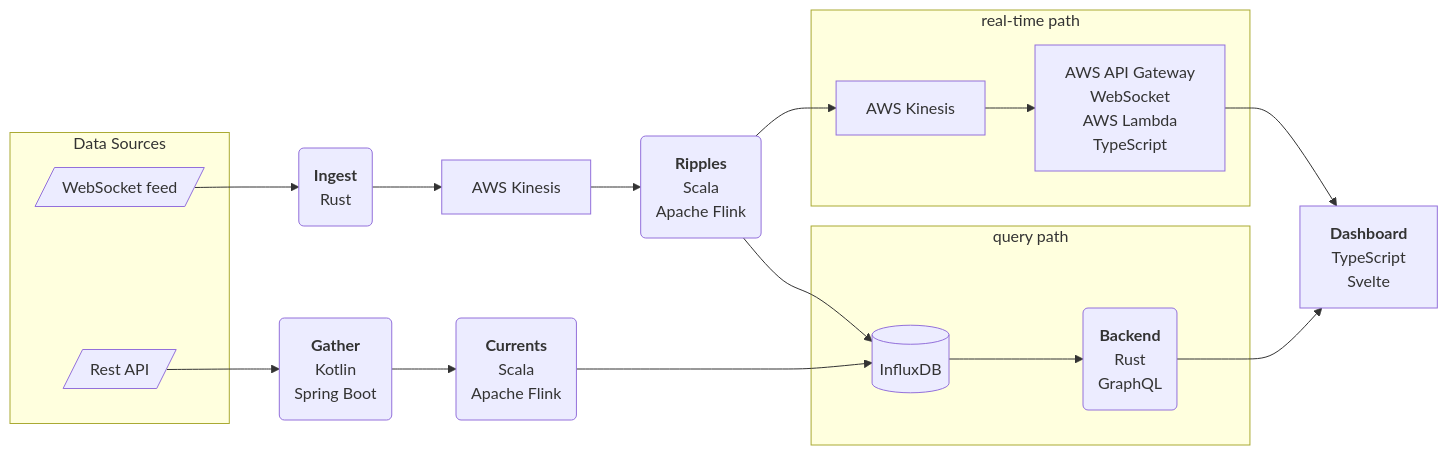
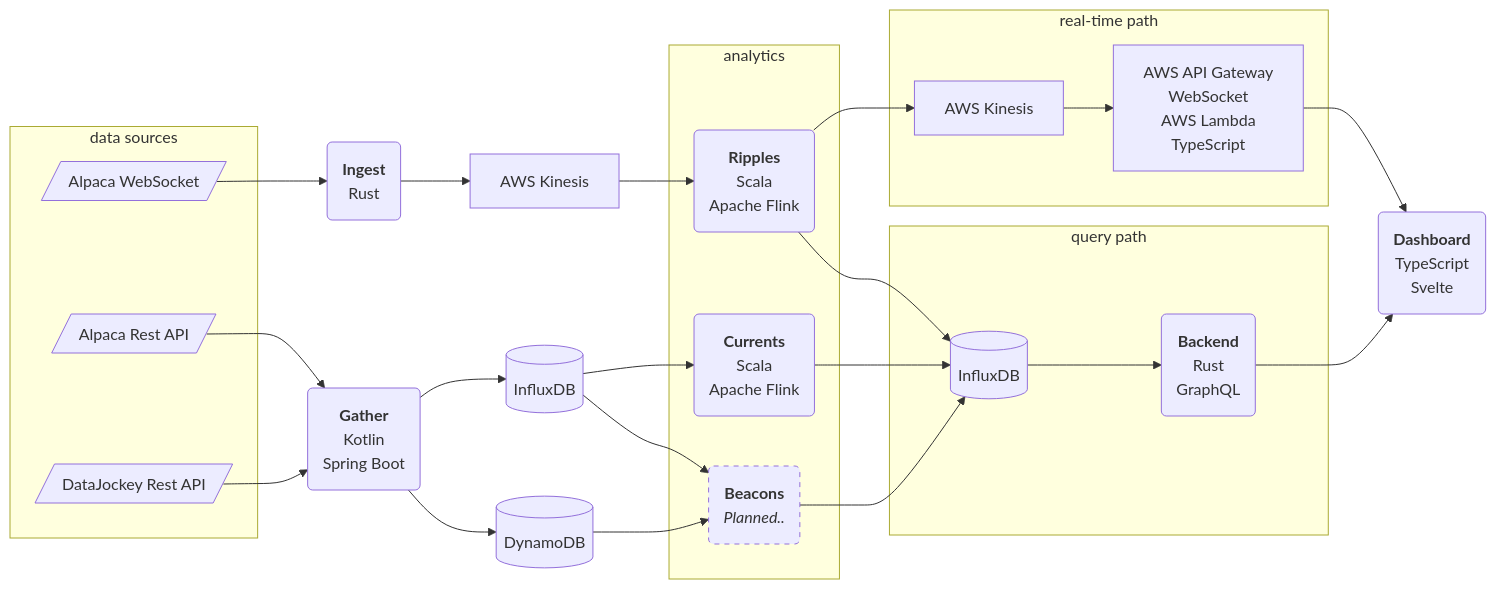
Before and after one commit to anzo-p/stream-lines: the diagram in readme.md, drawn with Mermaid. The commit also changed other lines of this file and 5 other files, not shown here.

````diff
--- a/readme.md
+++ b/readme.md
@@ -5,53 +5,93 @@
 ```mermaid
 %%{init: {"flowchart": {"htmlLabels": false}} }%%
 flowchart LR
-  alpacaWs[/"WebSocket feed"/]
-  alpacaRest[/"Rest API"/]
+  %% data sources
+  alpacaWebSocket[/"Alpaca WebSocket"/]
+  alpacaRestApi[/"Alpaca Rest API"/]
+  datajockeyRestApi[/"DataJockey Rest API"/]
+
+  %% persistence
+  influxdbUpstream[(InfluxDB)]
+  influxdbDownstream[(InfluxDB)]
+  dynamodb[(DynamoDB)]
+
+  %% streams
+  kinesisUpstream["AWS Kinesis"]
+  kinesisDownstream["AWS Kinesis"]
+
+  %% services
   ingest("`**Ingest**
   Rust`")
+
   gather("`**Gather**
   Kotlin
   Spring Boot`")
-  influxdb[(InfluxDB)]
-  kinesisUpstream["AWS Kinesis"]
-  kinesisDownstream["AWS Kinesis"]
+
   ripples("`**Ripples**
   Scala
   Apache Flink`")
+
   currents("`**Currents**
   Scala
   Apache Flink`")
+
+  beacons("`**Beacons**
+  *Planned..*
+  `")
+  classDef dashedBox stroke-dasharray: 5 5;
+  class beacons dashedBox;
+
   backend("`**Backend**
   Rust
   GraphQL`")
+
+  %% frontend
   apigateway["AWS API Gateway
   WebSocket
   AWS Lambda
   TypeScript"]
-  dashboard["`**Dashboard**
+
+  dashboard("`**Dashboard**
   TypeScript
-  Svelte`"]
+  Svelte`")
 
-  subgraph "Data Sources"
-    alpacaWs
-    alpacaRest  
+  subgraph "data sources"
+    alpacaWebSocket
+    alpacaRestApi
+    datajockeyRestApi
   end
-  alpacaWs --> ingest
+
+  alpacaWebSocket --> ingest
   ingest --> kinesisUpstream
   kinesisUpstream --> ripples
-  ripples --> influxdb
-  subgraph "query path"
-    influxdb --> backend
+  ripples --> kinesisDownstream
+  ripples --> influxdbDownstream
+
+  alpacaRestApi --> gather
+  datajockeyRestApi --> gather
+  gather --> influxdbUpstream
+  influxdbUpstream --> currents
+  currents --> influxdbDownstream
+
+  gather --> dynamodb
+  dynamodb --> beacons
+  influxdbUpstream --> beacons
+  beacons --> influxdbDownstream
+
+  subgraph "analytics"
+    ripples
+    currents
+    beacons
   end
+
   subgraph "real-time path"
     kinesisDownstream --> apigateway
   end  
+
+  subgraph "query path"
+    influxdbDownstream --> backend
+  end
+
+  apigateway --> dashboard
   backend --> dashboard
-  ripples --> kinesisDownstream
-  apigateway --> dashboard
-
-  alpacaRest --> gather
-  gather --> currents
-  currents --> influxdb
-
 ```
````
